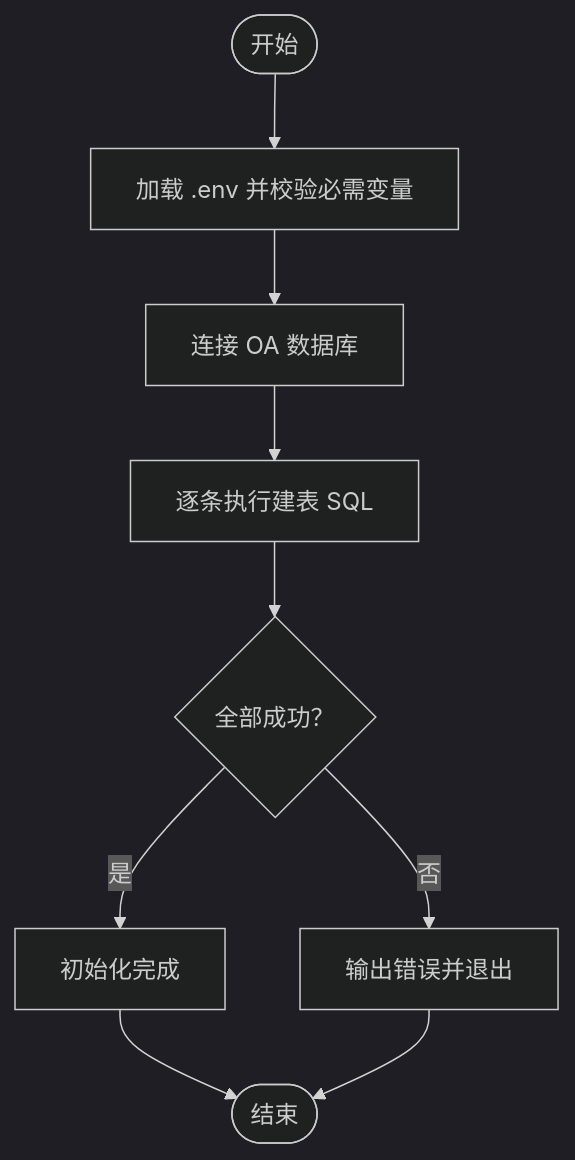
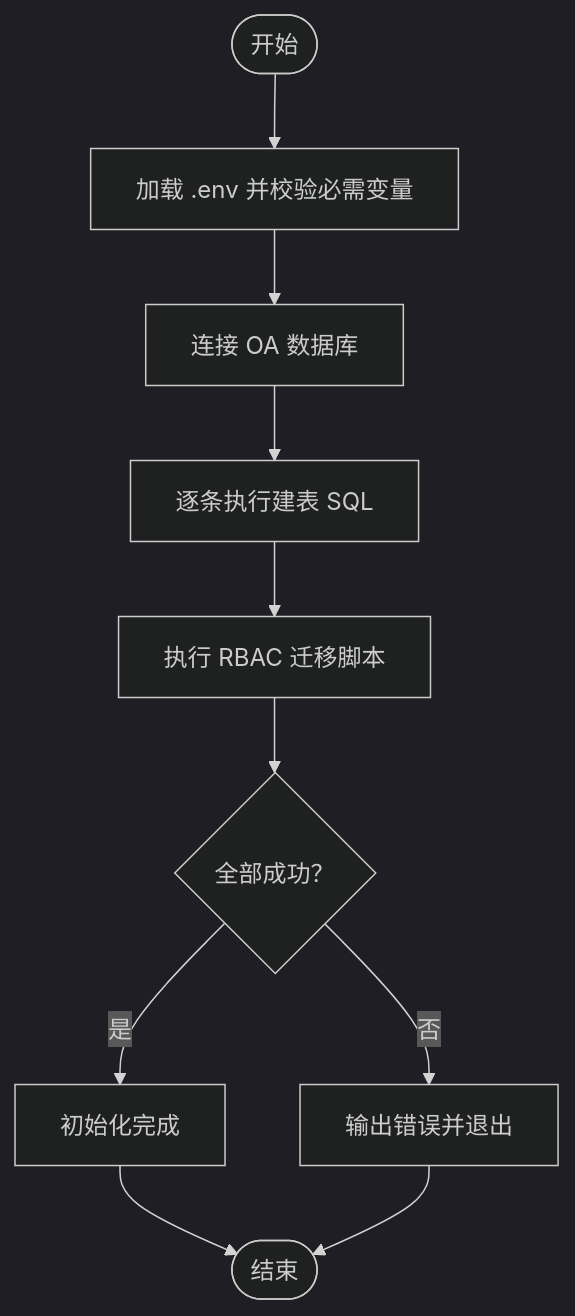
One commit to War-Blood/WX_APP_OA changed the fifth of 5 diagrams in .qoder/repowiki/zh/content/部署配置/部署配置.md. Above: the diagram before and after it, drawn with Mermaid (dark theme). The commit also changed other lines of this file and 27 other files, not shown here.

````diff
--- a/.qoder/repowiki/zh/content/部署配置/部署配置.md
+++ b/.qoder/repowiki/zh/content/部署配置/部署配置.md
@@ -320,11 +421,12 @@
 ```mermaid
 flowchart TD
 Start(["开始"]) --> LoadEnv["加载 .env 并校验必需变量"]
 LoadEnv --> Connect["连接 OA 数据库"]
 Connect --> ExecSQL["逐条执行建表 SQL"]
-ExecSQL --> Done{"全部成功？"}
+ExecSQL --> RBAC["执行 RBAC 迁移脚本"]
+RBAC --> Done{"全部成功？"}
 Done --> |是| Success["初始化完成"]
 Done --> |否| Fail["输出错误并退出"]
 Success --> End(["结束"])
 Fail --> End
 ```
````
